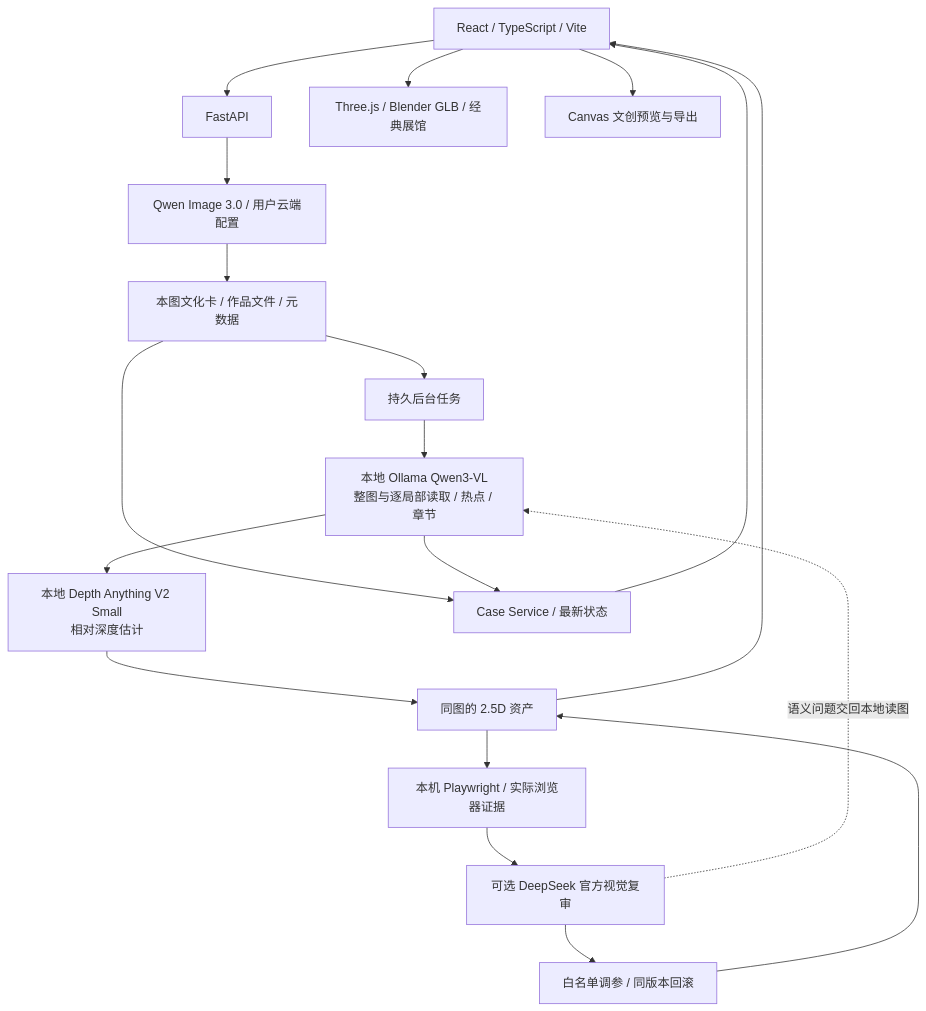
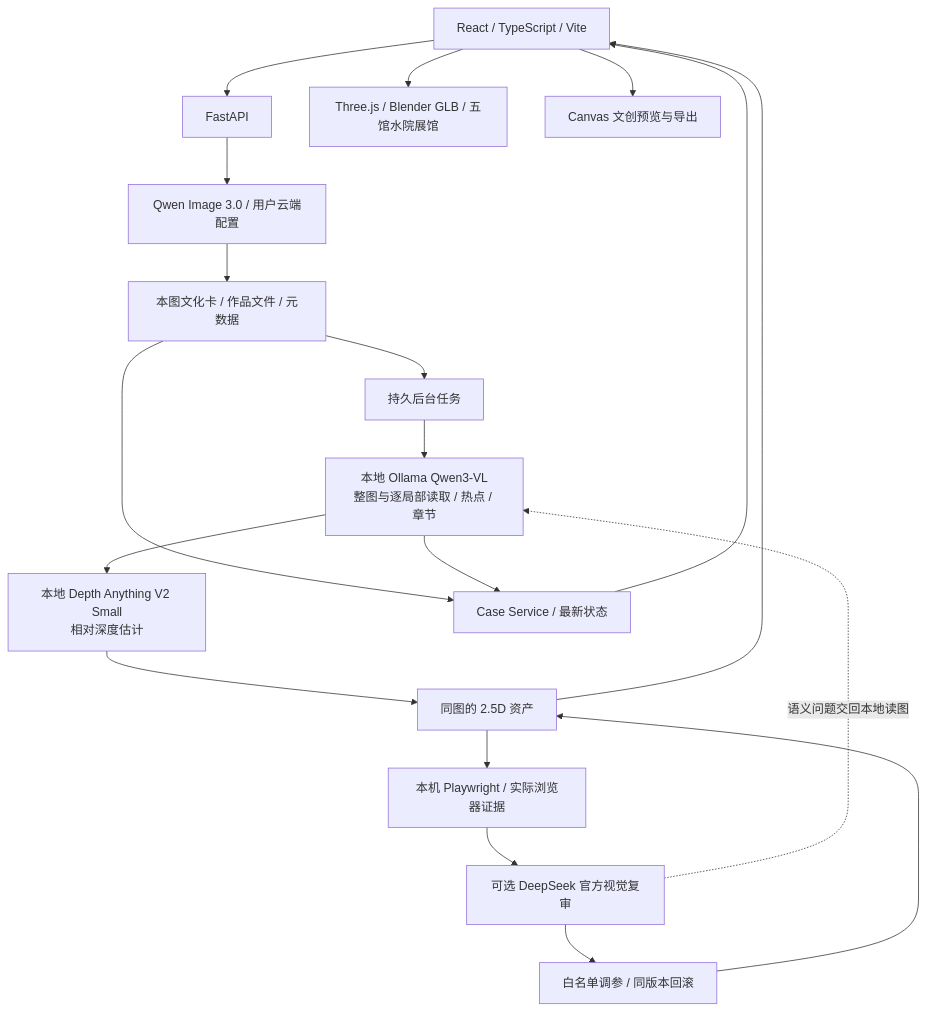
One commit to 3331083641-prog/wenmai-huazhang changed the second of 2 diagrams in README.md. Above: the diagram before and after it, drawn with Mermaid. The commit also changed other lines of this file and 71 other files, not shown here.

````diff
--- a/README.md
+++ b/README.md
@@ -99,21 +105,21 @@
 ```mermaid
 flowchart TD
   UI[React / TypeScript / Vite] --> API[FastAPI]
   API --> GEN[Qwen Image 3.0 / 用户云端配置]
   GEN --> SAVE[本图文化卡 / 作品文件 / 元数据]
   SAVE --> JOB[持久后台任务]
   JOB --> VL[本地 Ollama Qwen3-VL<br/>整图与逐局部读取 / 热点 / 章节]
   VL --> DEPTH[本地 Depth Anything V2 Small<br/>相对深度估计]
   DEPTH --> WORLD[同图的 2.5D 资产]
   WORLD --> CAP[本机 Playwright / 实际浏览器证据]
   CAP --> REVIEW[可选 DeepSeek 官方视觉复审]
   REVIEW --> TUNE[白名单调参 / 同版本回滚]
   TUNE --> WORLD
   REVIEW -. 语义问题交回本地读图 .-> VL
   SAVE --> CASES[Case Service / 最新状态]
   VL --> CASES
   CASES --> UI
   WORLD --> UI
-  UI --> HALL[Three.js / Blender GLB / 经典展馆]
+  UI --> HALL[Three.js / Blender GLB / 五馆水院展馆]
   UI --> PNG[Canvas 文创预览与导出]
 ```
````
